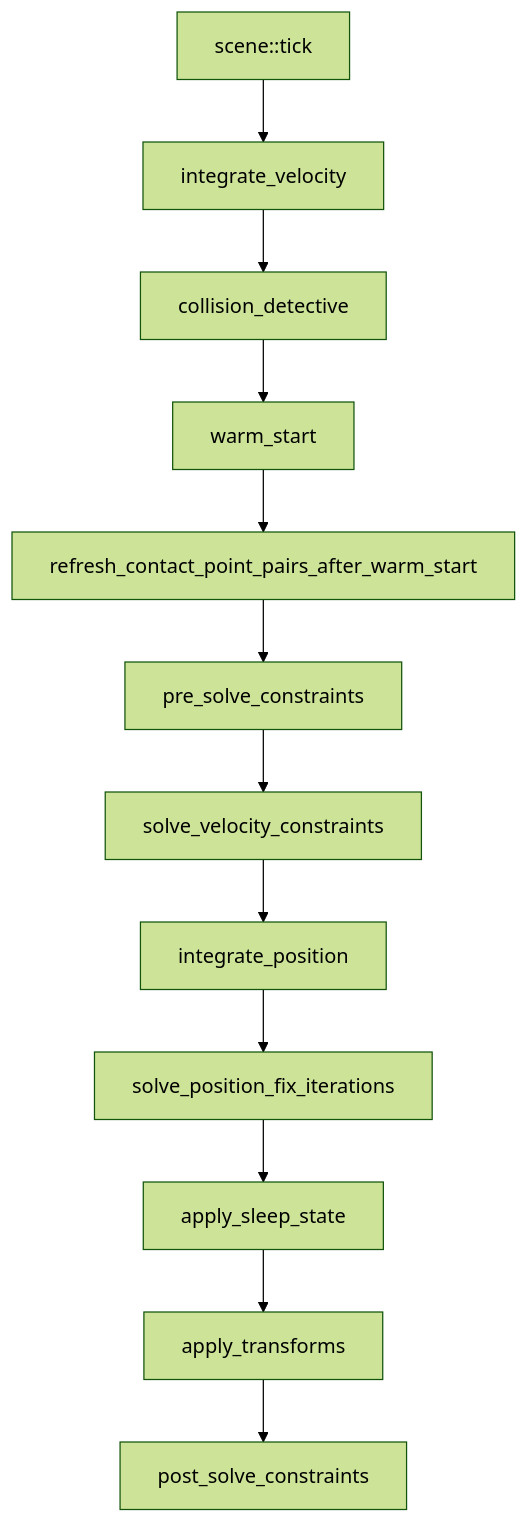
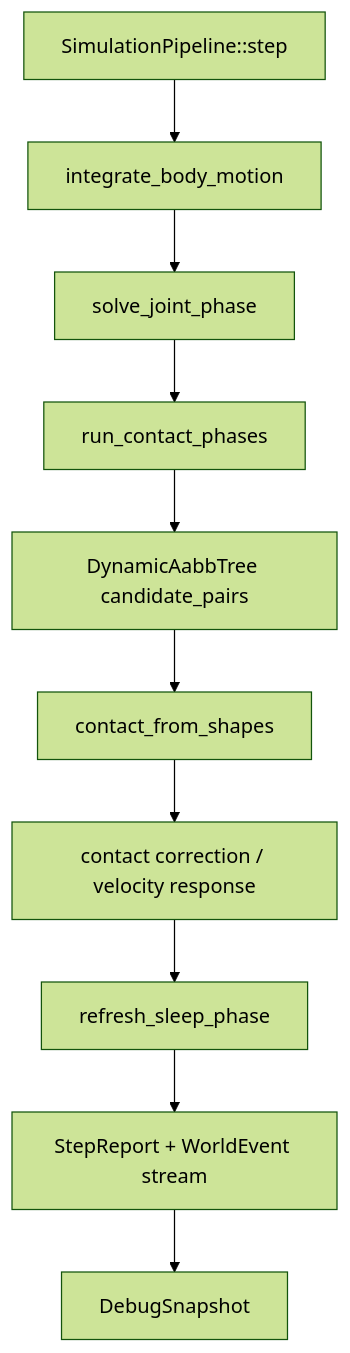
The second of 2 diagrams in docs/design/debug-observability-design.md (swnb/picea), drawn with Mermaid (forest theme) before and after one commit. The commit also changed other lines of this file and 21 other files, not shown here.

````diff
--- a/docs/design/debug-observability-design.md
+++ b/docs/design/debug-observability-design.md
@@ -40,14 +42,12 @@
 ```mermaid
 flowchart TD
-    Tick["scene::tick"] --> Velocity["integrate_velocity"]
-    Velocity --> Detect["collision_detective"]
-    Detect --> Warm["warm_start"]
-    Warm --> Refresh["refresh_contact_point_pairs_after_warm_start"]
-    Refresh --> PreSolve["pre_solve_constraints"]
-    PreSolve --> Solve["solve_velocity_constraints"]
-    Solve --> Integrate["integrate_position"]
-    Integrate --> Fix["solve_position_fix_iterations"]
-    Fix --> Sleep["apply_sleep_state"]
-    Sleep --> Transform["apply_transforms"]
-    Transform --> Post["post_solve_constraints"]
+    Step["SimulationPipeline::step"] --> Integrate["integrate_body_motion"]
+    Integrate --> Joints["solve_joint_phase"]
+    Joints --> Contacts["run_contact_phases"]
+    Contacts --> Broadphase["DynamicAabbTree candidate_pairs"]
+    Broadphase --> Narrowphase["contact_from_shapes"]
+    Narrowphase --> Response["contact correction / velocity response"]
+    Response --> Sleep["refresh_sleep_phase"]
+    Sleep --> Report["StepReport + WorldEvent stream"]
+    Report --> Snapshot["DebugSnapshot"]
 ```
````
